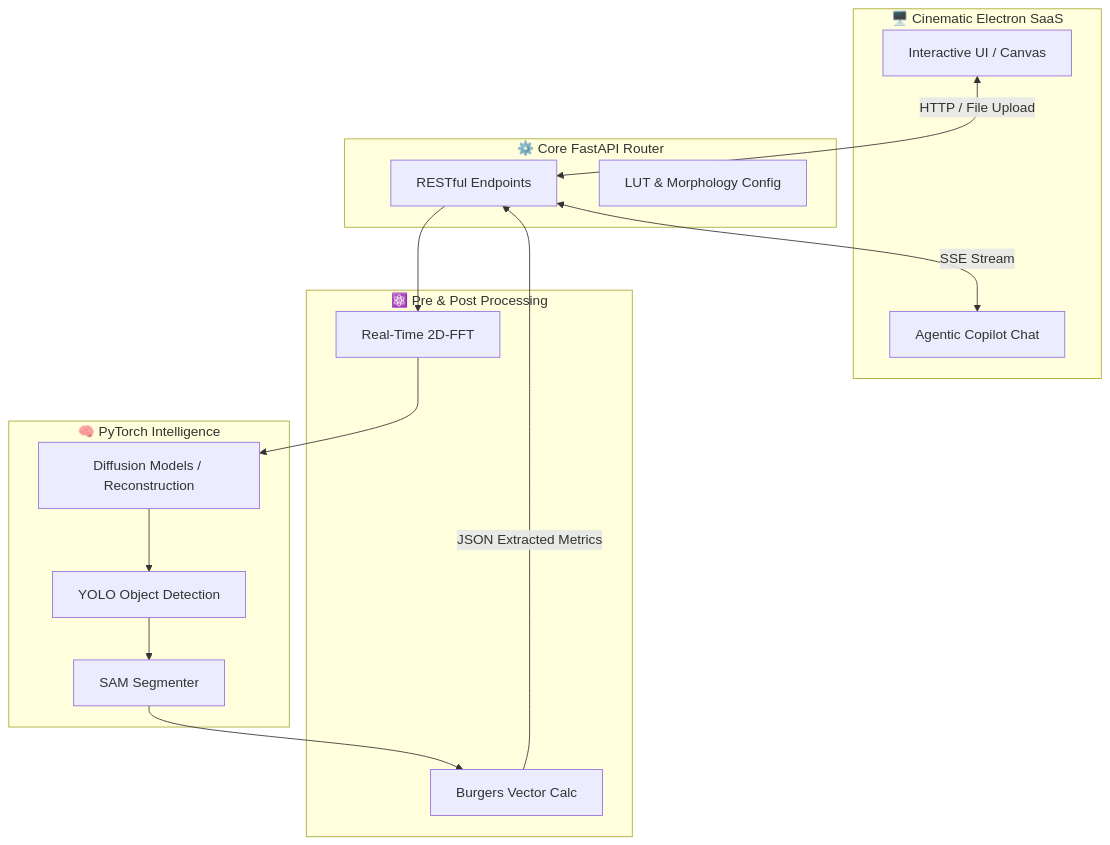
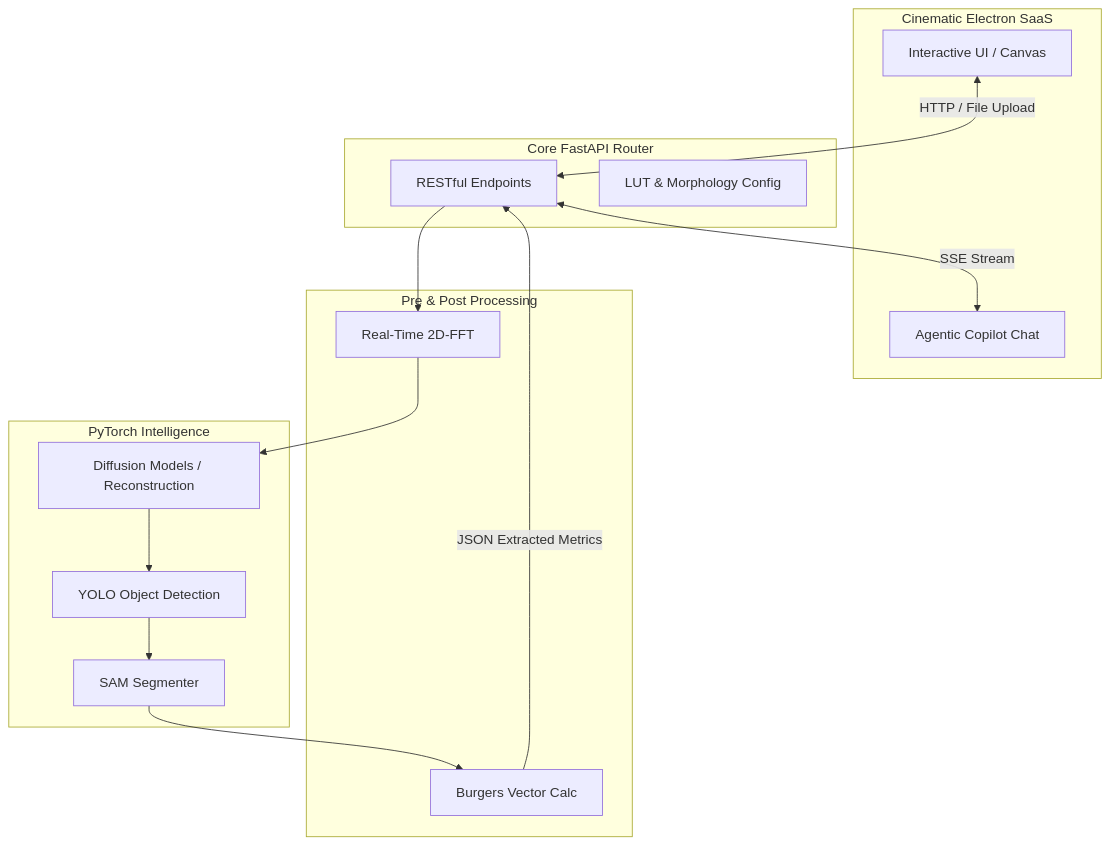
One commit to parardhadhar/AI-Crystallography-Engine changed the first of 2 diagrams in README.md. Above: the diagram before and after it, drawn with Mermaid. The commit also changed other lines of this file, not shown here.

````diff
--- a/README.md
+++ b/README.md
@@ -120,33 +120,33 @@
 ```mermaid
 graph TD
-    subgraph Frontend ["🖥️ Cinematic Electron SaaS"]
+    subgraph Frontend ["Cinematic Electron SaaS"]
         UI[Interactive UI / Canvas]
         AI[Agentic Copilot Chat]
     end
 
-    subgraph Backend ["⚙️ Core FastAPI Router"]
+    subgraph Backend ["Core FastAPI Router"]
         API[RESTful Endpoints]
         L[LUT & Morphology Config]
     end
 
-    subgraph Physics_Engine ["⚛️ Pre & Post Processing"]
+    subgraph Physics_Engine ["Pre & Post Processing"]
         FFT[Real-Time 2D-FFT]
         BV[Burgers Vector Calc]
     end
 
-    subgraph AI_Inference_Core ["🧠 PyTorch Intelligence"]
+    subgraph AI_Inference_Core ["PyTorch Intelligence"]
         DIFF[Diffusion Models / Reconstruction]
         YOLO[YOLO Object Detection]
         SAM[SAM Segmenter]
     end
 
     UI <-->|HTTP / File Upload| API
     API --> FFT
     FFT --> DIFF
     DIFF --> YOLO
     YOLO --> SAM
     SAM --> BV
     
     BV -->|JSON Extracted Metrics| API
     API <-->|SSE Stream| AI
 ```
````
